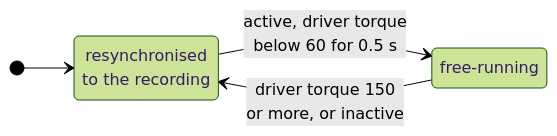
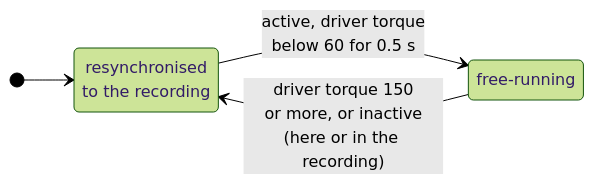
One commit to Deggory/edgepilot changed the second of 2 diagrams in docs/closed-loop-replay.md. Above: the diagram before and after it, drawn with Mermaid (forest theme). The commit also changed other lines of this file and 249 other files, not shown here.

````diff
--- a/docs/closed-loop-replay.md
+++ b/docs/closed-loop-replay.md
@@ -108,9 +116,9 @@
 ```mermaid
 stateDiagram-v2
     direction LR
     state "resynchronised<br>to the recording" as resync
     state "free-running" as free
     [*] --> resync
     resync --> free: active, driver torque<br>below 60 for 0.5 s
-    free --> resync: driver torque 150<br>or more, or inactive
+    free --> resync: driver torque 150<br>or more, or inactive<br>(here or in the recording)
 ```
````
